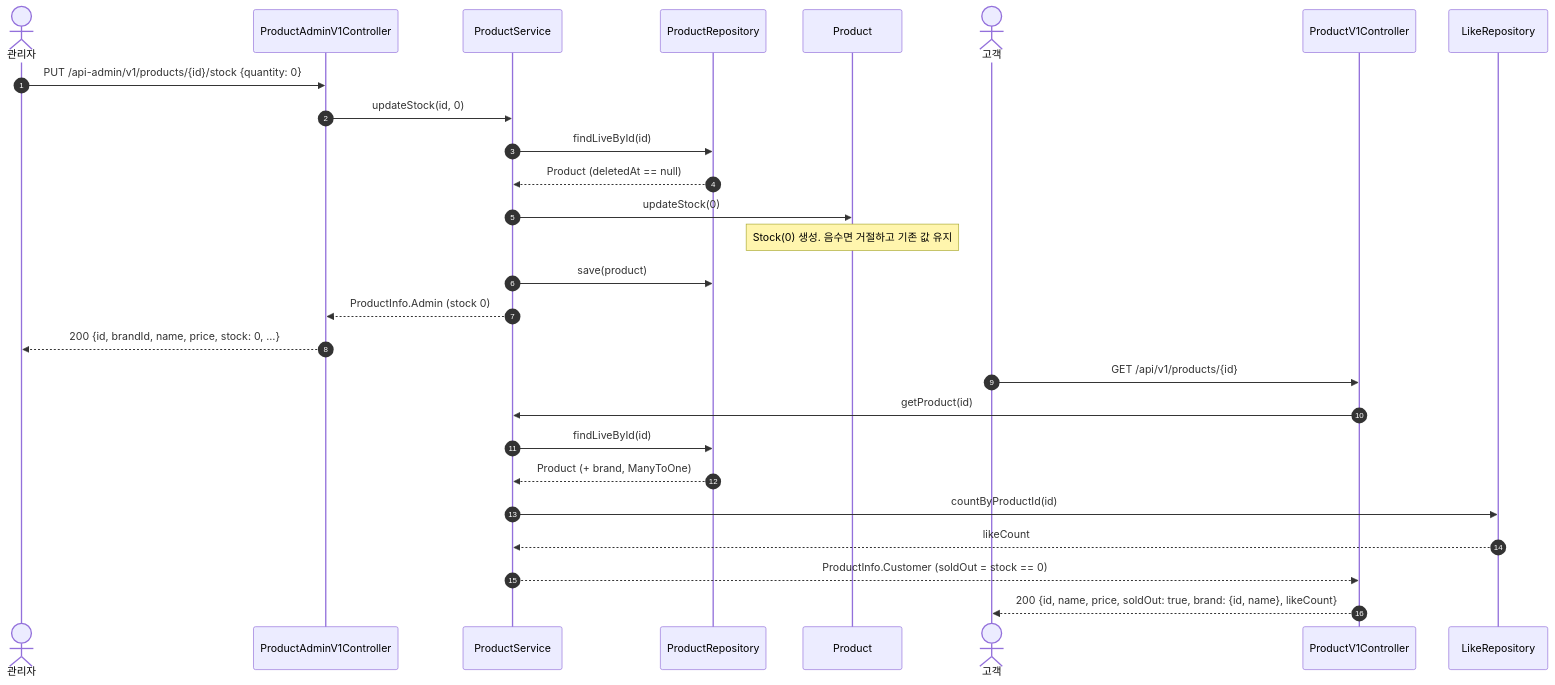
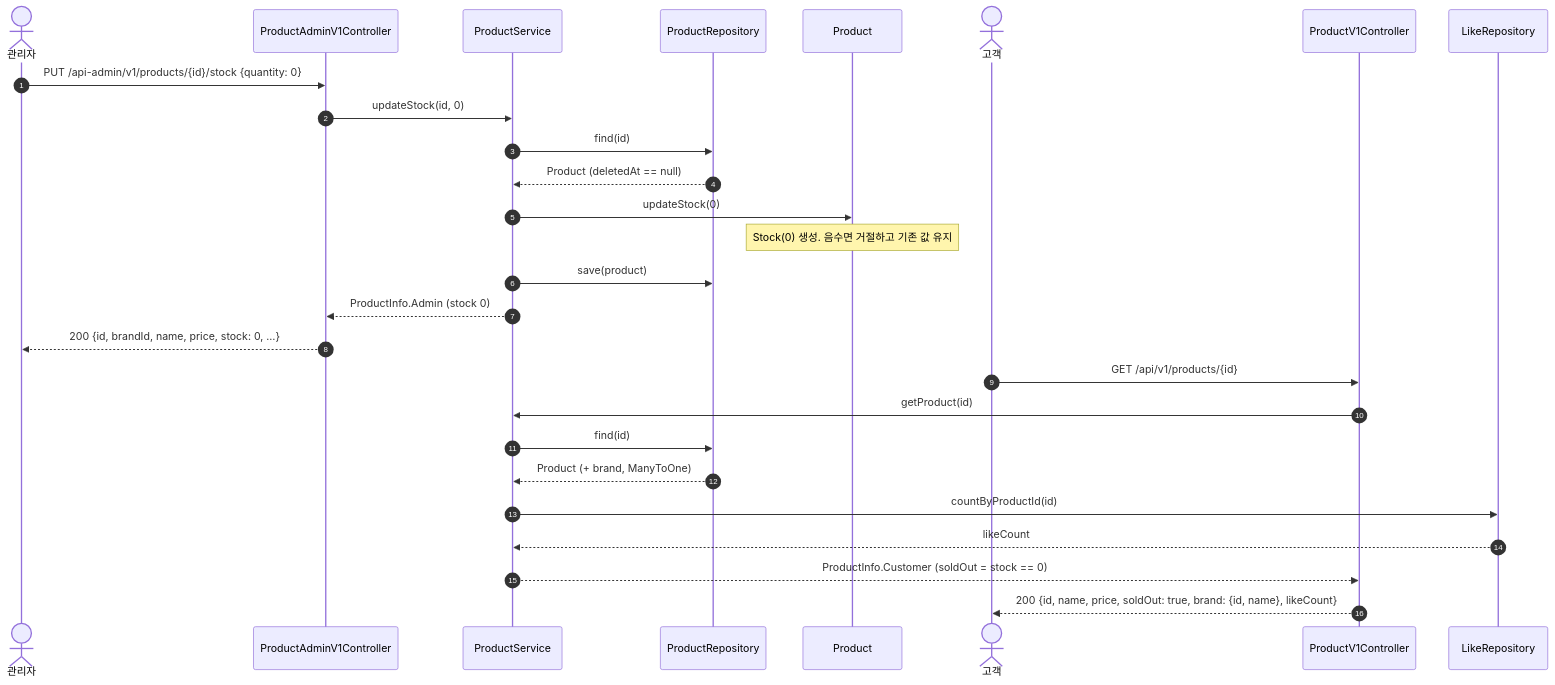
Before and after one commit to giwankim/loop-pack-be-l2-vol5-kotlin: the third of 3 diagrams in docs/design/catalog.md, drawn with Mermaid. The commit also changed 9 other files, not shown here.

````diff
--- a/docs/design/catalog.md
+++ b/docs/design/catalog.md
@@ -125,31 +125,31 @@
 ```mermaid
 sequenceDiagram
     autonumber
     actor Admin as 관리자
     participant AC as ProductAdminV1Controller
     participant PF as ProductService
     participant PR as ProductRepository
     participant P as Product
     actor Customer as 고객
     participant CC as ProductV1Controller
     participant LR as LikeRepository
 
     Admin->>AC: PUT /api-admin/v1/products/{id}/stock {quantity: 0}
     AC->>PF: updateStock(id, 0)
-    PF->>PR: findLiveById(id)
+    PF->>PR: find(id)
     PR-->>PF: Product (deletedAt == null)
     PF->>P: updateStock(0)
     Note over P: Stock(0) 생성. 음수면 거절하고 기존 값 유지
     PF->>PR: save(product)
     PF-->>AC: ProductInfo.Admin (stock 0)
     AC-->>Admin: 200 {id, brandId, name, price, stock: 0, …}
 
     Customer->>CC: GET /api/v1/products/{id}
     CC->>PF: getProduct(id)
-    PF->>PR: findLiveById(id)
+    PF->>PR: find(id)
     PR-->>PF: Product (+ brand, ManyToOne)
     PF->>LR: countByProductId(id)
     LR-->>PF: likeCount
     PF-->>CC: ProductInfo.Customer (soldOut = stock == 0)
     CC-->>Customer: 200 {id, name, price, soldOut: true, brand: {id, name}, likeCount}
 ```
````
